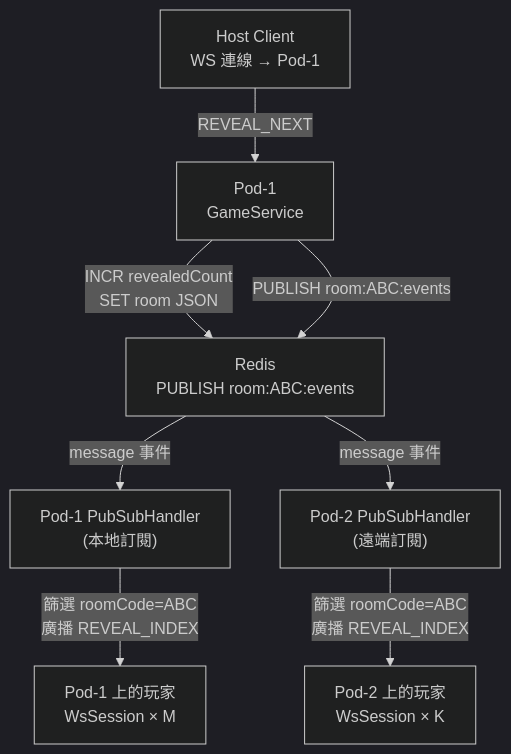
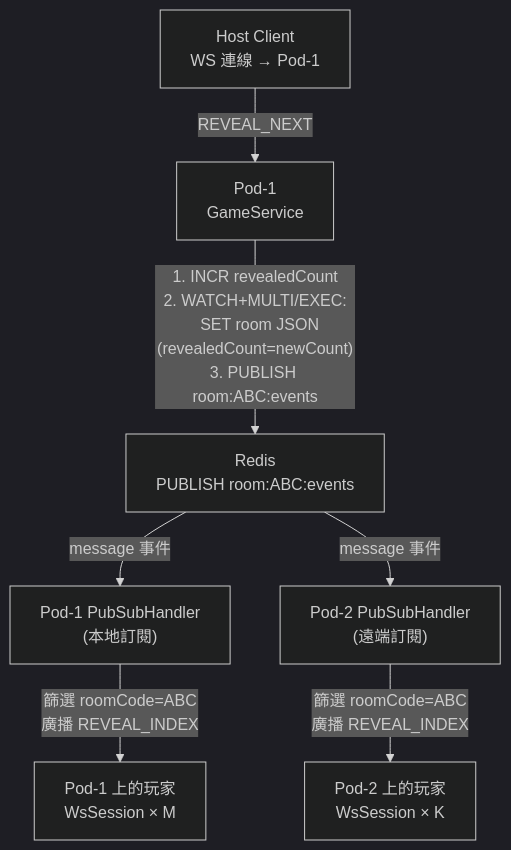
Before and after one commit to ibalasite/climb_stairs: the third of 4 diagrams in docs/ARCH.md, drawn with Mermaid (dark theme). The commit also changed other lines of this file and 2 other files, not shown here.

````diff
--- a/docs/ARCH.md
+++ b/docs/ARCH.md
@@ -298,18 +335,17 @@
 ```mermaid
 graph TD
     HostWS["Host Client\nWS 連線 → Pod-1"]
     Pod1["Pod-1\nGameService"]
     Redis["Redis\nPUBLISH room:ABC:events"]
     Pod1Sub["Pod-1 PubSubHandler\n(本地訂閱)"]
     Pod2Sub["Pod-2 PubSubHandler\n(遠端訂閱)"]
     PlayersPod1["Pod-1 上的玩家\nWsSession × M"]
     PlayersPod2["Pod-2 上的玩家\nWsSession × K"]
 
     HostWS -->|"REVEAL_NEXT"| Pod1
-    Pod1 -->|"INCR revealedCount\nSET room JSON"| Redis
-    Pod1 -->|"PUBLISH room:ABC:events"| Redis
+    Pod1 -->|"1. INCR revealedCount\n2. WATCH+MULTI/EXEC:\n   SET room JSON (revealedCount=newCount)\n3. PUBLISH room:ABC:events"| Redis
     Redis -->|"message 事件"| Pod1Sub
     Redis -->|"message 事件"| Pod2Sub
     Pod1Sub -->|"篩選 roomCode=ABC\n廣播 REVEAL_INDEX"| PlayersPod1
     Pod2Sub -->|"篩選 roomCode=ABC\n廣播 REVEAL_INDEX"| PlayersPod2
 ```
````
